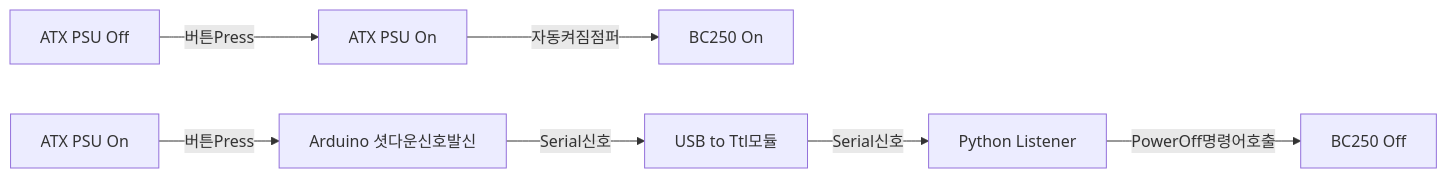
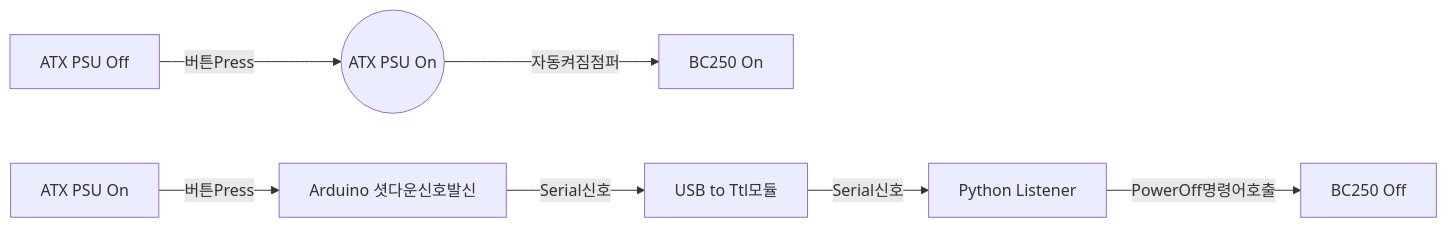
One commit to coolsolgit/BC250-ATX-PSU-Control changed the first of 2 diagrams in README.md. Above: the diagram before and after it, drawn with Mermaid.

Commit message:
Fix mermaid diagram syntax in README.md

````diff
--- a/README.md
+++ b/README.md
@@ -23,10 +23,10 @@
 ```mermaid
 flowchart LR
-A[ATX PSU Off] -->|버튼Press| B[ATX PSU On]
+A[ATX PSU Off] -->|버튼Press| B((ATX PSU On))
   B -->|자동켜짐점퍼| C[BC250 On]
 D[ATX PSU On] -->|버튼Press| E[Arduino 셧다운신호발신]
   E -->|Serial신호| F[USB to Ttl모듈]
   F -->|Serial신호| G[Python Listener]
   G -->|PowerOff명령어호출| H[BC250 Off]
 
 ```
````
